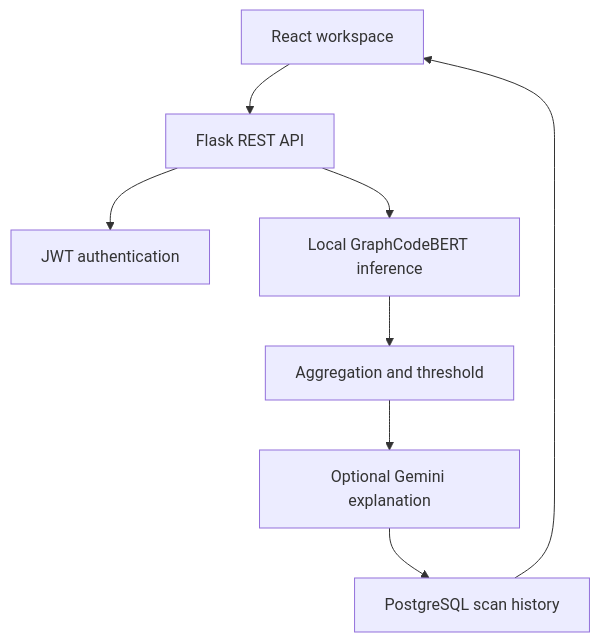
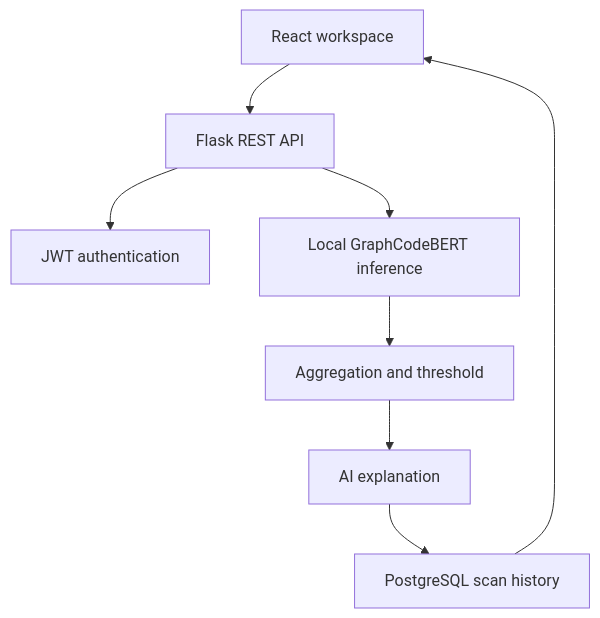
Before and after one commit to AliSajid55/VulneraAI: the diagram in README.md, drawn with Mermaid. The commit also changed other lines of this file, not shown here.

````diff
--- a/README.md
+++ b/README.md
@@ -100,10 +100,10 @@
 ```mermaid
 flowchart TD
     UI["React workspace"] --> API["Flask REST API"]
     API --> Auth["JWT authentication"]
     API --> Model["Local GraphCodeBERT inference"]
     Model --> Rule["Aggregation and threshold"]
-    Rule --> Gemini["Optional Gemini explanation"]
-    Gemini --> DB["PostgreSQL scan history"]
+    Rule --> LLM["AI explanation"]
+    LLM --> DB["PostgreSQL scan history"]
     DB --> UI
 ```
````
